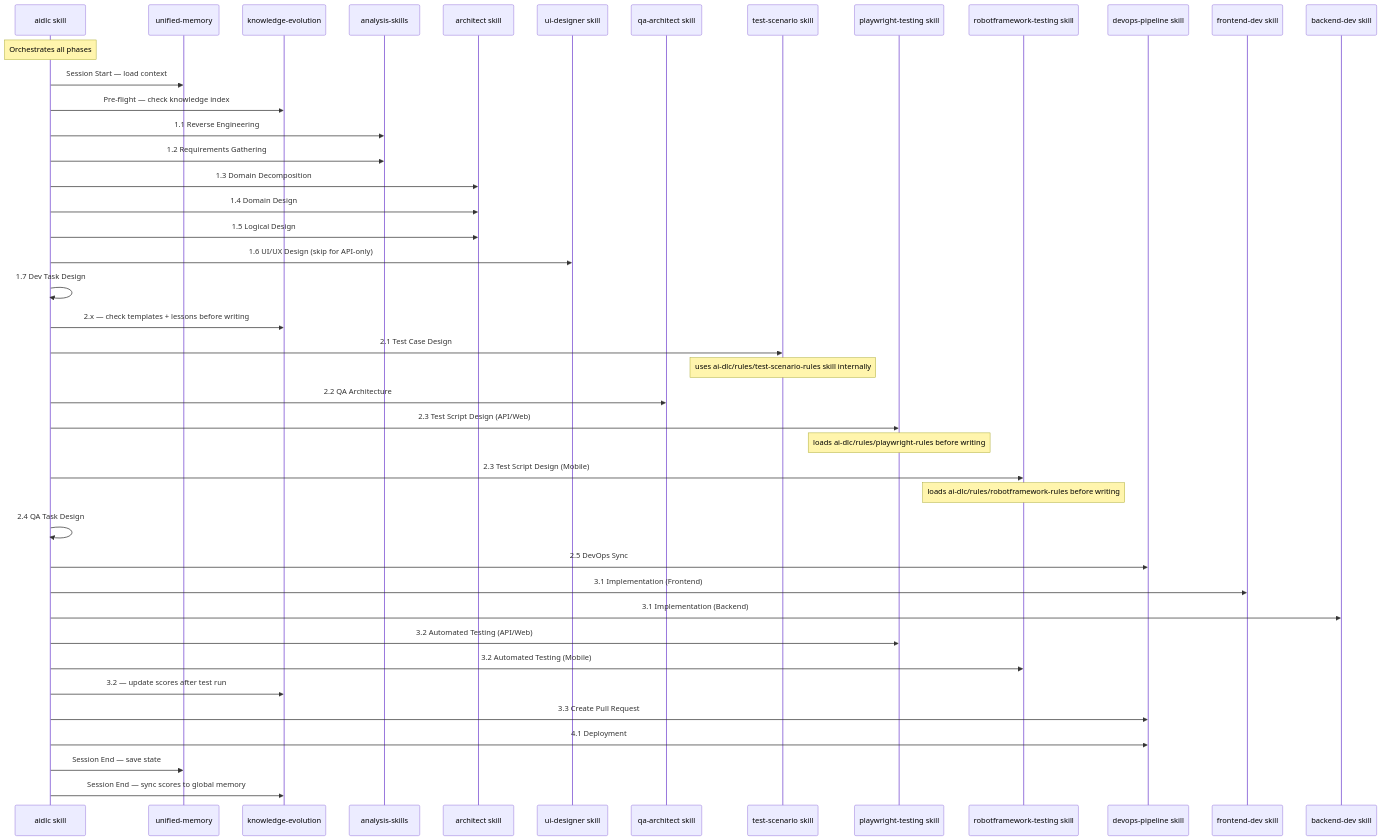
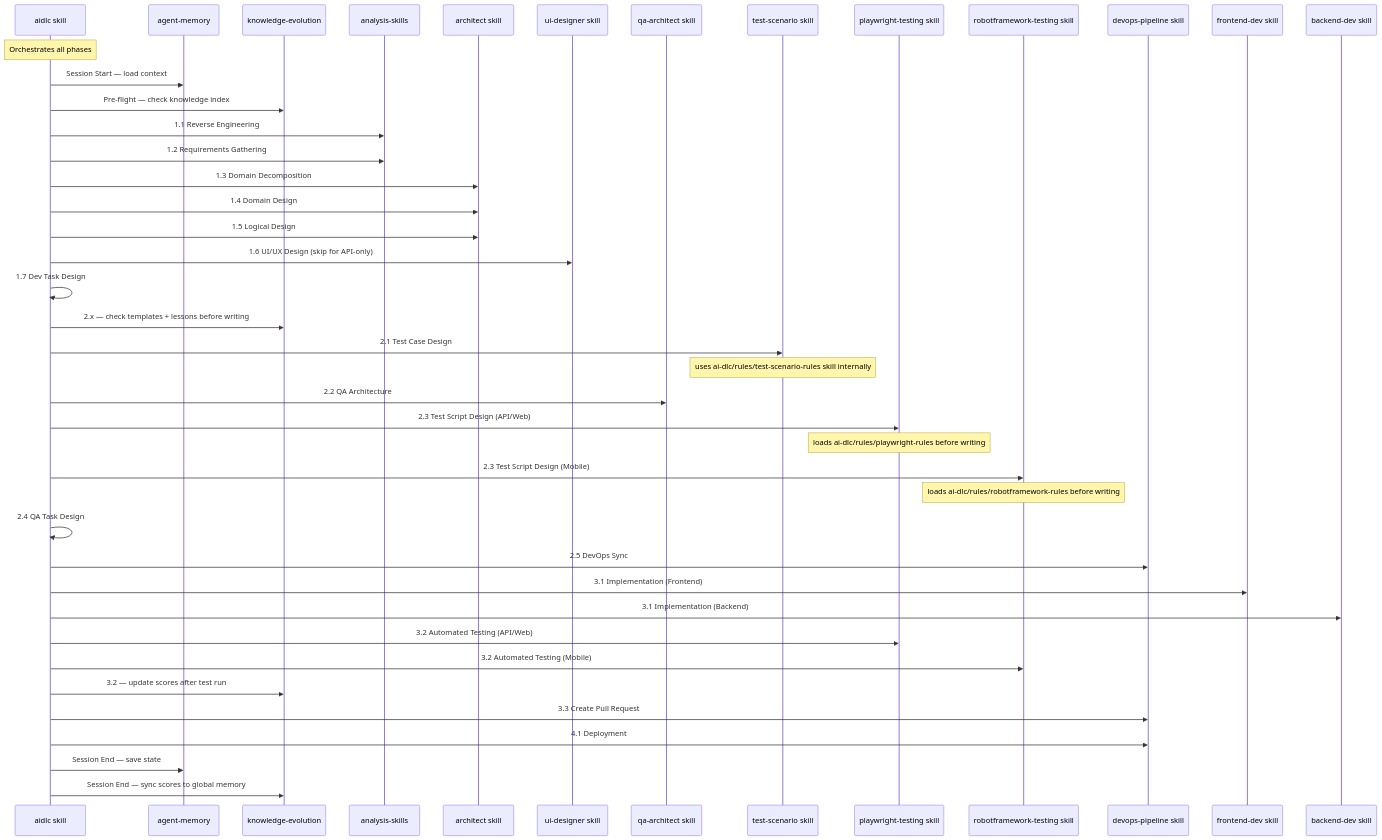
Before and after one commit to Vit129/skills: the fourth of 4 diagrams in skills/doc/aidlc/aidlc-swimlane.md, drawn with Mermaid. The commit also changed other lines of this file and 117 other files, not shown here.

Commit message:
refactor: migrate unified-memory system to agent-memory architecture and consolidate project configuration into rules/ directory

````diff
--- a/skills/doc/aidlc/aidlc-swimlane.md
+++ b/skills/doc/aidlc/aidlc-swimlane.md
@@ -186,51 +186,51 @@
 ```mermaid
 sequenceDiagram
     participant AIDLC as aidlc skill
-    participant Mem as unified-memory
+    participant Mem as agent-memory
     participant Know as knowledge-evolution
     participant Analysis as analysis-skills
     participant Architect as architect skill
     participant UIDesigner as ui-designer skill
     participant QAArch as qa-architect skill
     participant TestScen as test-scenario skill
     participant PW as playwright-testing skill
     participant RF as robotframework-testing skill
     participant DevOps as devops-pipeline skill
     participant FE as frontend-dev skill
     participant BE as backend-dev skill
 
     Note over AIDLC: Orchestrates all phases
 
     AIDLC->>Mem: Session Start — load context
     AIDLC->>Know: Pre-flight — check knowledge index
 
     AIDLC->>Analysis: 1.1 Reverse Engineering
     AIDLC->>Analysis: 1.2 Requirements Gathering
     AIDLC->>Architect: 1.3 Domain Decomposition
     AIDLC->>Architect: 1.4 Domain Design
     AIDLC->>Architect: 1.5 Logical Design
     AIDLC->>UIDesigner: 1.6 UI/UX Design (skip for API-only)
     AIDLC->>AIDLC: 1.7 Dev Task Design
 
     AIDLC->>Know: 2.x — check templates + lessons before writing
     AIDLC->>TestScen: 2.1 Test Case Design
     Note over TestScen: uses ai-dlc/rules/test-scenario-rules skill internally
     AIDLC->>QAArch: 2.2 QA Architecture
     AIDLC->>PW: 2.3 Test Script Design (API/Web)
     Note over PW: loads ai-dlc/rules/playwright-rules before writing
     AIDLC->>RF: 2.3 Test Script Design (Mobile)
     Note over RF: loads ai-dlc/rules/robotframework-rules before writing
     AIDLC->>AIDLC: 2.4 QA Task Design
     AIDLC->>DevOps: 2.5 DevOps Sync
 
     AIDLC->>FE: 3.1 Implementation (Frontend)
     AIDLC->>BE: 3.1 Implementation (Backend)
     AIDLC->>PW: 3.2 Automated Testing (API/Web)
     AIDLC->>RF: 3.2 Automated Testing (Mobile)
     AIDLC->>Know: 3.2 — update scores after test run
     AIDLC->>DevOps: 3.3 Create Pull Request
     AIDLC->>DevOps: 4.1 Deployment
 
     AIDLC->>Mem: Session End — save state
     AIDLC->>Know: Session End — sync scores to global memory
 ```
````
